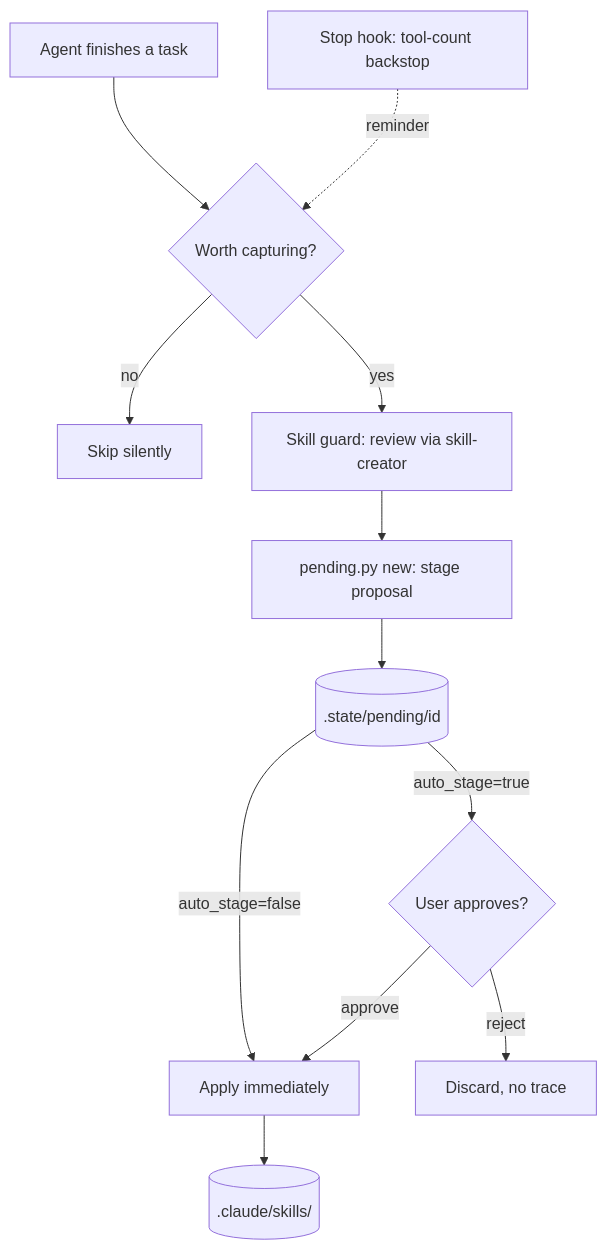
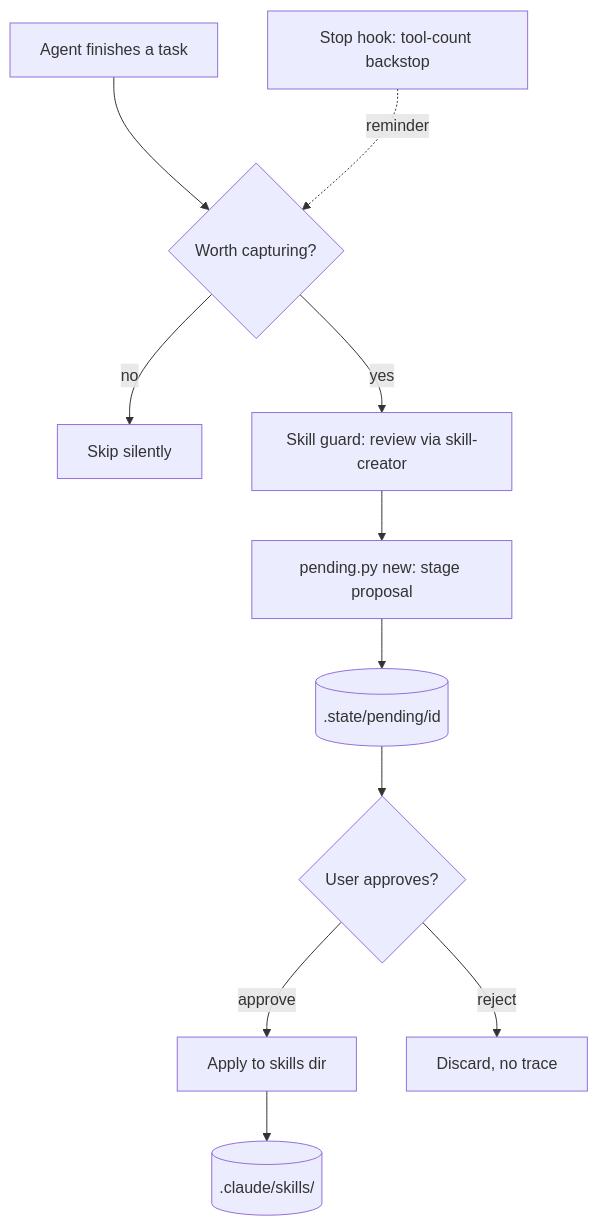
The diagram in README.md (wagner-sousa/autodidact), drawn with Mermaid before and after one commit. The commit also changed other lines of this file and 5 other files, not shown here.

First line of the commit message:
Remove auto_stage config — always queue for approval

````diff
--- a/README.md
+++ b/README.md
@@ -211,14 +209,13 @@
 ```mermaid
 graph TB
     Task[Agent finishes a task] --> Judge{Worth capturing?}
     Hook[Stop hook: tool-count backstop] -.reminder.-> Judge
     Judge -- no --> Skip[Skip silently]
     Judge -- yes --> Guard[Skill guard: review via skill-creator]
     Guard --> Stage[pending.py new: stage proposal]
     Stage --> Queue[(.state/pending/id)]
-    Queue -- auto_stage=false --> Apply[Apply immediately]
-    Queue -- auto_stage=true --> Review{User approves?}
-    Review -- approve <id> --> Apply
+    Queue --> Review{User approves?}
+    Review -- approve <id> --> Apply[Apply to skills dir]
     Review -- reject <id> --> Discard[Discard, no trace]
     Apply --> Skills[(.claude/skills/)]
 ```
````
